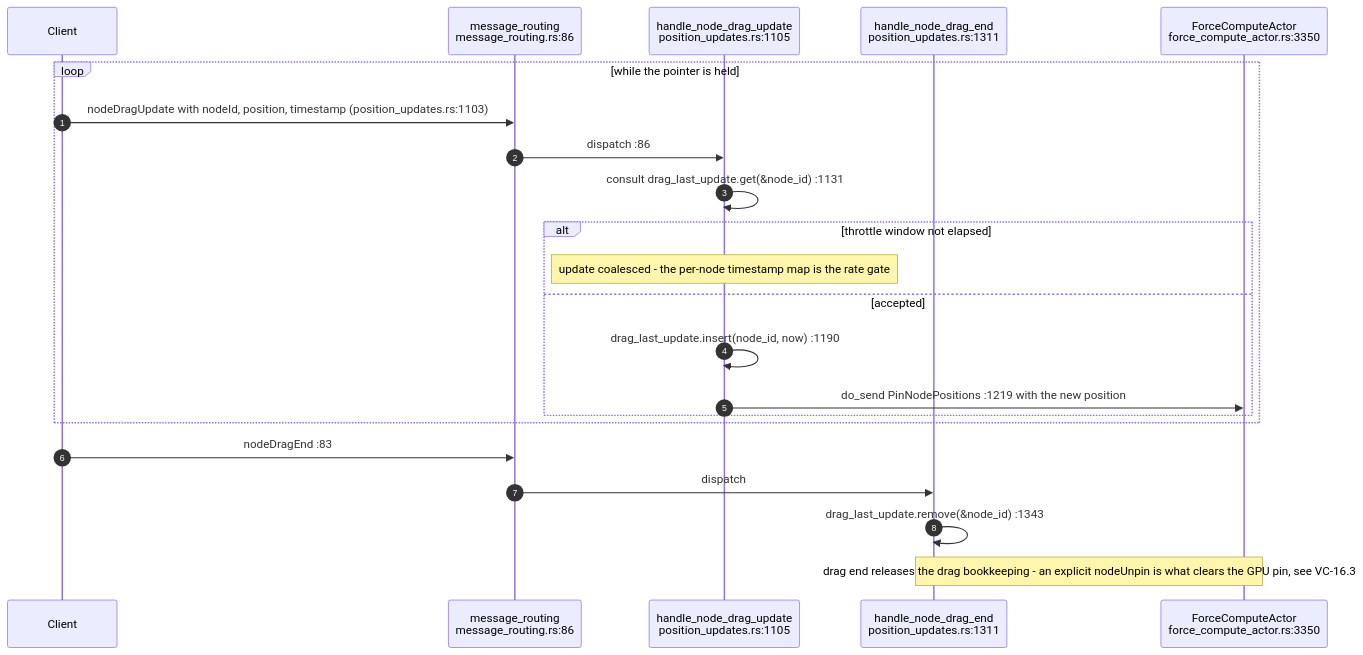
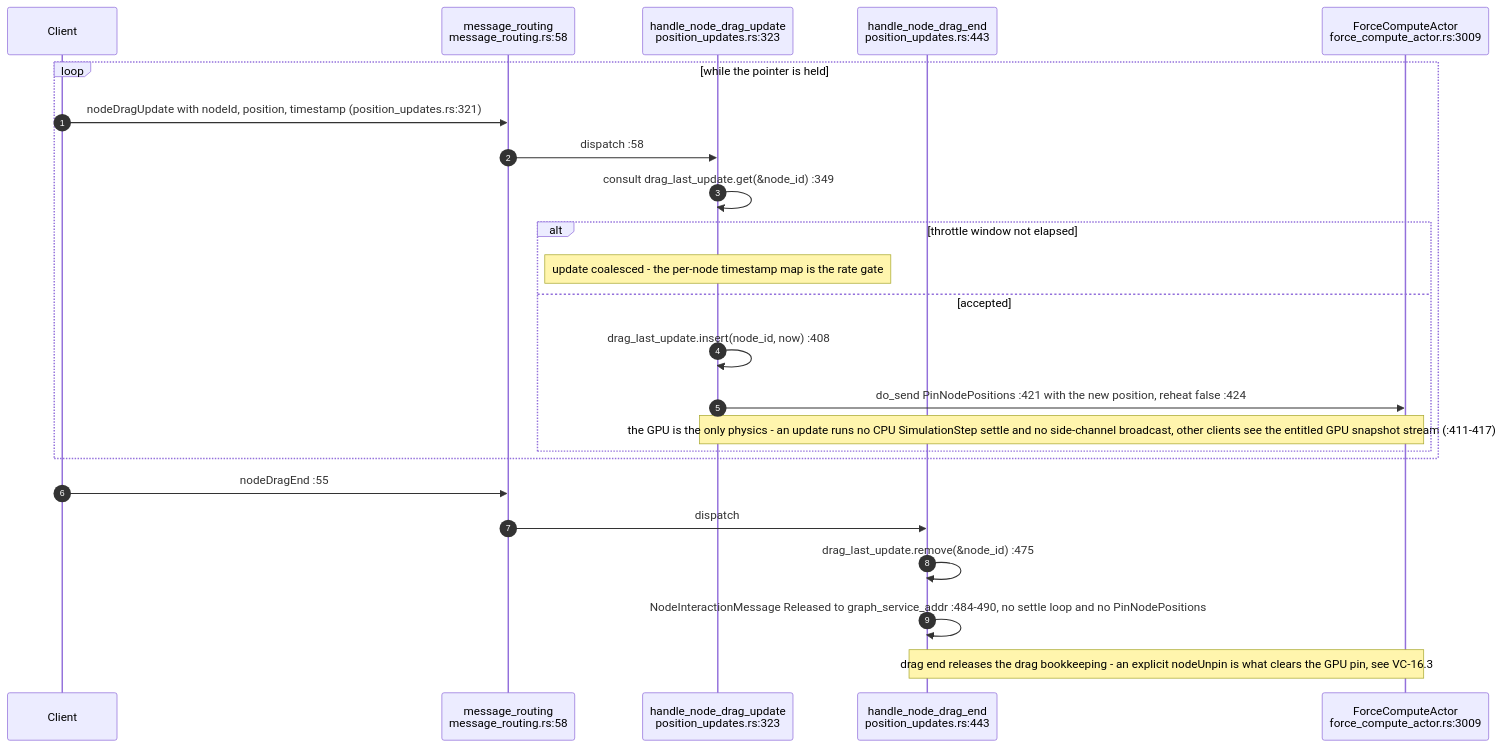
The second of 8 diagrams in docs/diagrams/visionclaw/16-interaction-drag-pin-layout.md (DreamLab-AI/VisionFlow), drawn with Mermaid before and after one commit. The commit also changed other lines of this file and 160 other files, not shown here.

````diff
--- a/docs/diagrams/visionclaw/16-interaction-drag-pin-layout.md
+++ b/docs/diagrams/visionclaw/16-interaction-drag-pin-layout.md
@@ -64,25 +65,27 @@
 ```mermaid
 sequenceDiagram
     autonumber
     participant C as Client
-    participant MR as message_routing<br/>message_routing.rs:86
-    participant HU as handle_node_drag_update<br/>position_updates.rs:1105
-    participant HE as handle_node_drag_end<br/>position_updates.rs:1311
-    participant FCA as ForceComputeActor<br/>force_compute_actor.rs:3350
+    participant MR as message_routing<br/>message_routing.rs:58
+    participant HU as handle_node_drag_update<br/>position_updates.rs:323
+    participant HE as handle_node_drag_end<br/>position_updates.rs:443
+    participant FCA as ForceComputeActor<br/>force_compute_actor.rs:3009
 
     loop while the pointer is held
-        C->>MR: nodeDragUpdate with nodeId, position, timestamp (position_updates.rs:1103)
-        MR->>HU: dispatch :86
-        HU->>HU: consult drag_last_update.get(&node_id) :1131
+        C->>MR: nodeDragUpdate with nodeId, position, timestamp (position_updates.rs:321)
+        MR->>HU: dispatch :58
+        HU->>HU: consult drag_last_update.get(&node_id) :349
         alt throttle window not elapsed
             Note over HU: update coalesced - the per-node timestamp map is the rate gate
         else accepted
-            HU->>HU: drag_last_update.insert(node_id, now) :1190
-            HU->>FCA: do_send PinNodePositions :1219 with the new position
+            HU->>HU: drag_last_update.insert(node_id, now) :408
+            HU->>FCA: do_send PinNodePositions :421 with the new position, reheat false :424
+            Note over HU,FCA: the GPU is the only physics - an update runs no CPU SimulationStep settle and no side-channel broadcast, other clients see the entitled GPU snapshot stream (:411-417)
         end
     end
-    C->>MR: nodeDragEnd :83
+    C->>MR: nodeDragEnd :55
     MR->>HE: dispatch
-    HE->>HE: drag_last_update.remove(&node_id) :1343
+    HE->>HE: drag_last_update.remove(&node_id) :475
+    HE->>HE: NodeInteractionMessage Released to graph_service_addr :484-490, no settle loop and no PinNodePositions
     Note over HE,FCA: drag end releases the drag bookkeeping - an explicit nodeUnpin is what clears the GPU pin, see VC-16.3
 ```
````
